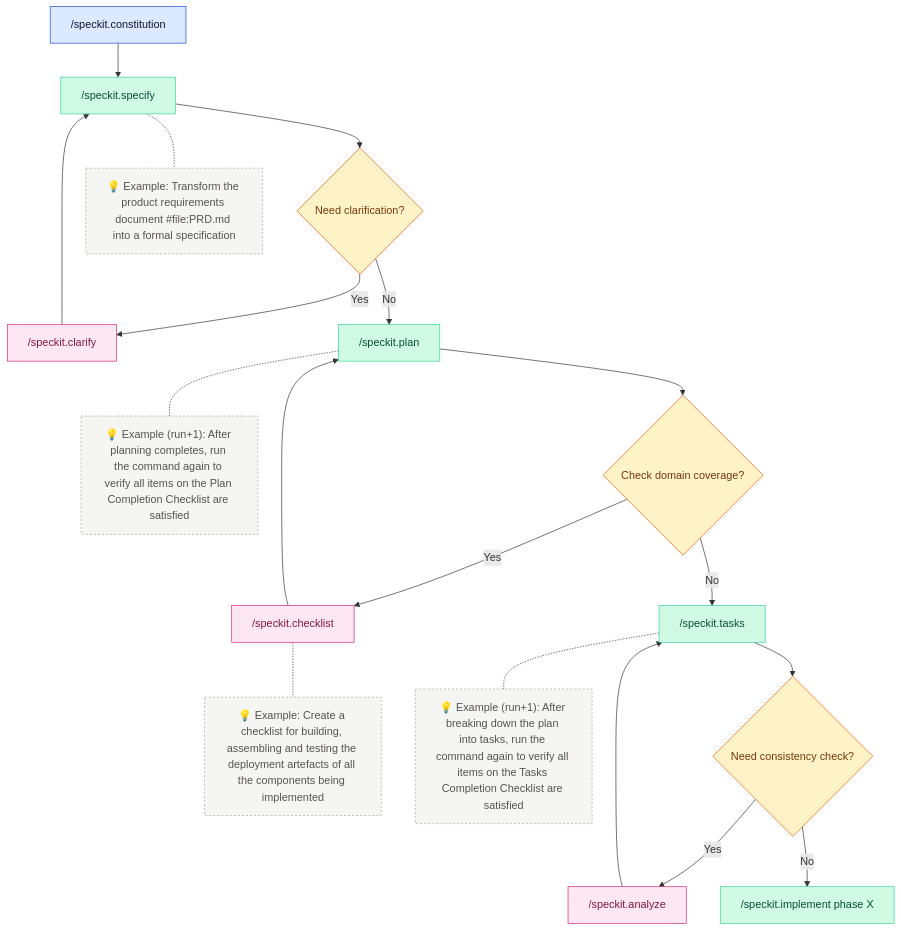
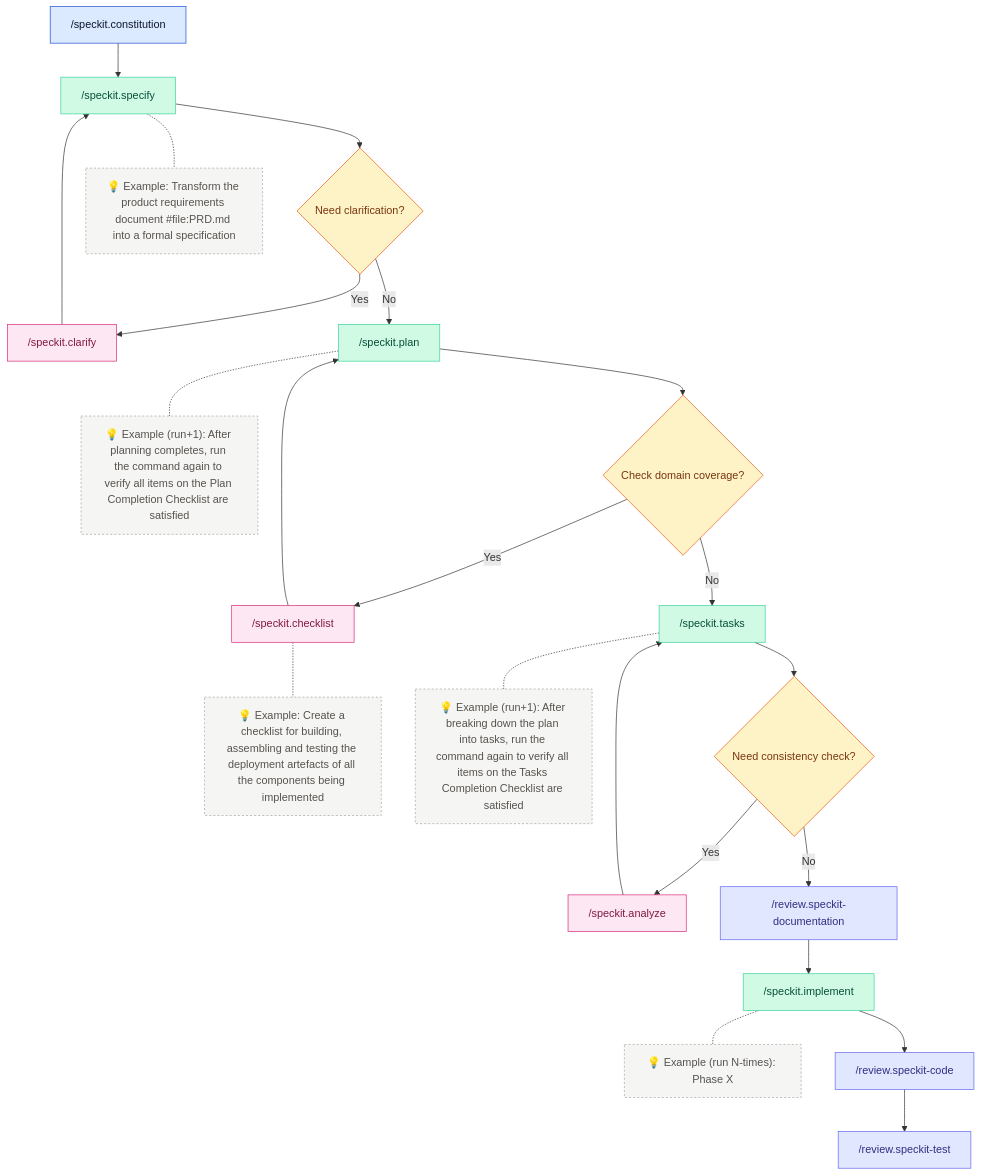
The diagram in README.md (stefaniuk/promptfiles-copilot), drawn with Mermaid before and after one commit.

Commit message:
fix(diagram): update workflow diagram to include documentation review step and clarify implementation process

````diff
--- a/README.md
+++ b/README.md
@@ -89,35 +89,41 @@
 ```mermaid
 flowchart TD
   constitution["/speckit.constitution"] --> specify["/speckit.specify"]
 
   specify --> needClarification{Need clarification?}
   specify -.- specifyNote["💡 Example: Transform the product requirements document #file:PRD.md into a formal specification"]
   needClarification -- Yes --> clarify["/speckit.clarify"]
   clarify --> specify
   needClarification -- No --> plan["/speckit.plan"]
   plan -.- planNote["💡 Example (run+1): After planning completes, run the command again to verify all items on the Plan Completion Checklist are satisfied"]
 
   plan --> domainCoverage{Check domain coverage?}
   domainCoverage -- Yes --> checklist["/speckit.checklist"]
   checklist --> plan
   checklist -.- checklistNote["💡 Example: Create a checklist for building, assembling and testing the deployment artefacts of all the components being implemented"]
   domainCoverage -- No --> tasks["/speckit.tasks"]
   tasks -.- tasksNote["💡 Example (run+1): After breaking down the plan into tasks, run the command again to verify all items on the Tasks Completion Checklist are satisfied"]
 
   tasks --> consistency{Need consistency check?}
   consistency -- Yes --> analyze["/speckit.analyze"]
   analyze --> tasks
-  consistency -- No --> implement["/speckit.implement phase X"]
+  consistency -- No --> reviewDocs["/review.speckit-documentation"]
+  reviewDocs --> implement["/speckit.implement"]
+  implement -.- implementNote["💡 Example (run N-times): Phase X"]
+  implement --> reviewCode["/review.speckit-code"]
+  reviewCode --> reviewTest["/review.speckit-test"]
 
   classDef source fill:#dbeafe,stroke:#1d4ed8,color:#0f172a,stroke-width:1px;
   classDef action fill:#d1fae5,stroke:#34d399,color:#064e3b,stroke-width:1px;
   classDef question fill:#fef3c7,stroke:#ea580c,color:#78350f,stroke-width:1px;
   classDef review fill:#fce7f3,stroke:#db2777,color:#831843,stroke-width:1px;
+  classDef docReview fill:#e0e7ff,stroke:#6366f1,color:#312e81,stroke-width:1px;
   classDef note fill:#f5f5f4,stroke:#a8a29e,color:#57534e,stroke-width:1px,stroke-dasharray:3;
 
   class constitution source;
   class specify,plan,tasks,implement action;
   class needClarification,domainCoverage,consistency question;
   class clarify,checklist,analyze review;
-  class specifyNote,checklistNote,planNote,tasksNote note;
+  class reviewDocs,reviewCode,reviewTest docReview;
+  class specifyNote,checklistNote,planNote,tasksNote,implementNote note;
 ```
````
